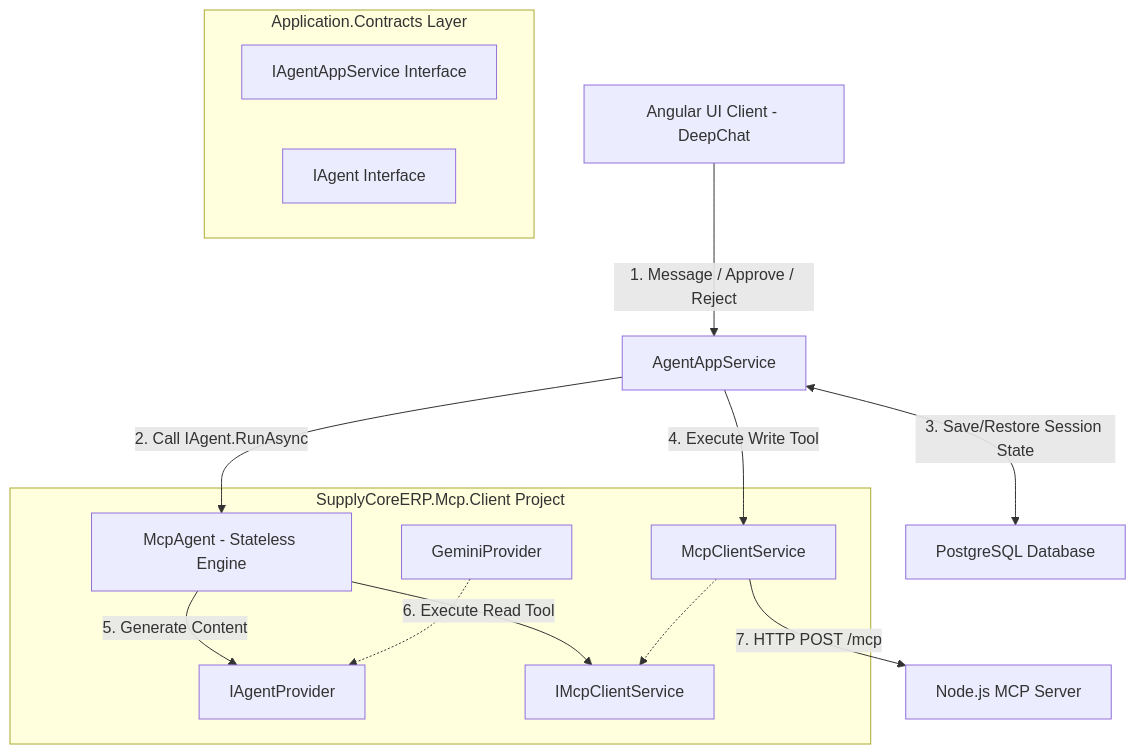
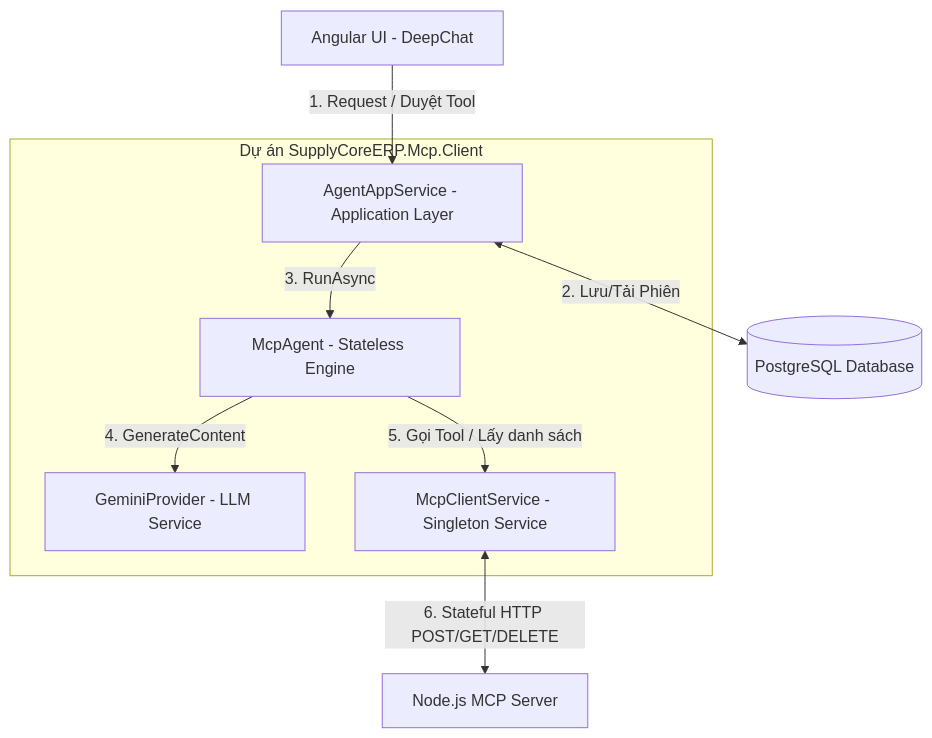
The first of 6 diagrams in docs/superpowers/specs/2026-06-04-mcp-client-redesign.md (hphucdev-04/SupplyCoreERP), drawn with Mermaid before and after one commit. The commit also changed other lines of this file and 44 other files, not shown here.

Commit message:
refactor(mcp.server): use Streamable HTTP Transport

````diff
--- a/docs/superpowers/specs/2026-06-04-mcp-client-redesign.md
+++ b/docs/superpowers/specs/2026-06-04-mcp-client-redesign.md
@@ -24,23 +12,13 @@
 ```mermaid
 graph TD
-    DeepChat[Angular UI Client - DeepChat] -->|1. Message / Approve / Reject| AgentAppService[AgentAppService]
+    DeepChat[Angular UI - DeepChat] -->|1. Request / Duyệt Tool| AppSrv[AgentAppService - Application Layer]
+    AppSrv <-->|2. Lưu/Tải Phiên| DB[(PostgreSQL Database)]
     
-    subgraph Contracts [Application.Contracts Layer]
-        IAgentAppService[IAgentAppService Interface]
-        IAgent[IAgent Interface]
+    subgraph McpClientProject [Dự án SupplyCoreERP.Mcp.Client]
+        AppSrv -->|3. RunAsync| Agent[McpAgent - Stateless Engine]
+        Agent -->|4. GenerateContent| Gemini[GeminiProvider - LLM Service]
+        Agent -->|5. Gọi Tool / Lấy danh sách| ClientSrv[McpClientService - Singleton Service]
     end
     
-    AgentAppService -->|2. Call IAgent.RunAsync| McpAgent[McpAgent - Stateless Engine]
-    AgentAppService <-->|3. Save/Restore Session State| Database[PostgreSQL Database]
-    AgentAppService -->|4. Execute Write Tool| McpClientService[McpClientService]
-    
-    subgraph McpClientProject [SupplyCoreERP.Mcp.Client Project]
-        McpAgent -->|5. Generate Content| IAgentProvider[IAgentProvider]
-        GeminiProvider[GeminiProvider] -.-> IAgentProvider
-        
-        McpAgent -->|6. Execute Read Tool| IMcpClientService[IMcpClientService]
-        McpClientService -.-> IMcpClientService
-    end
-    
-    McpClientService -->|7. HTTP POST /mcp| McpServer[Node.js MCP Server]
+    ClientSrv <-->|6. Stateful HTTP POST/GET/DELETE| Server[Node.js MCP Server]
 ```
````
